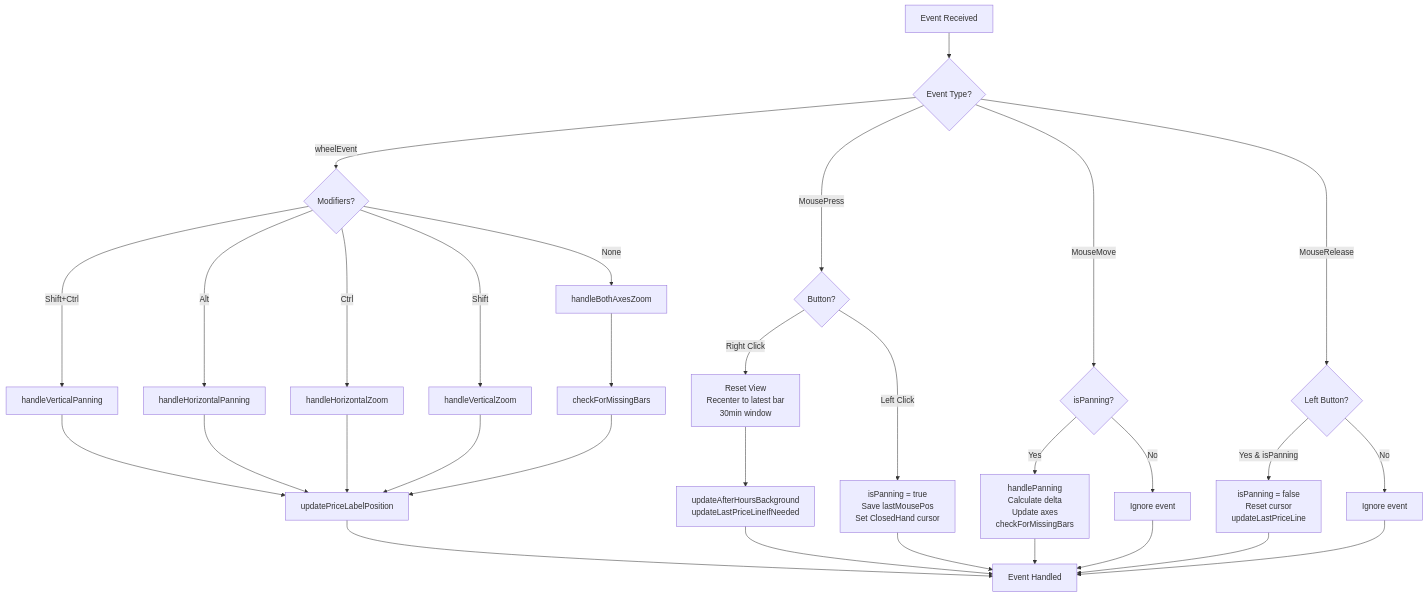
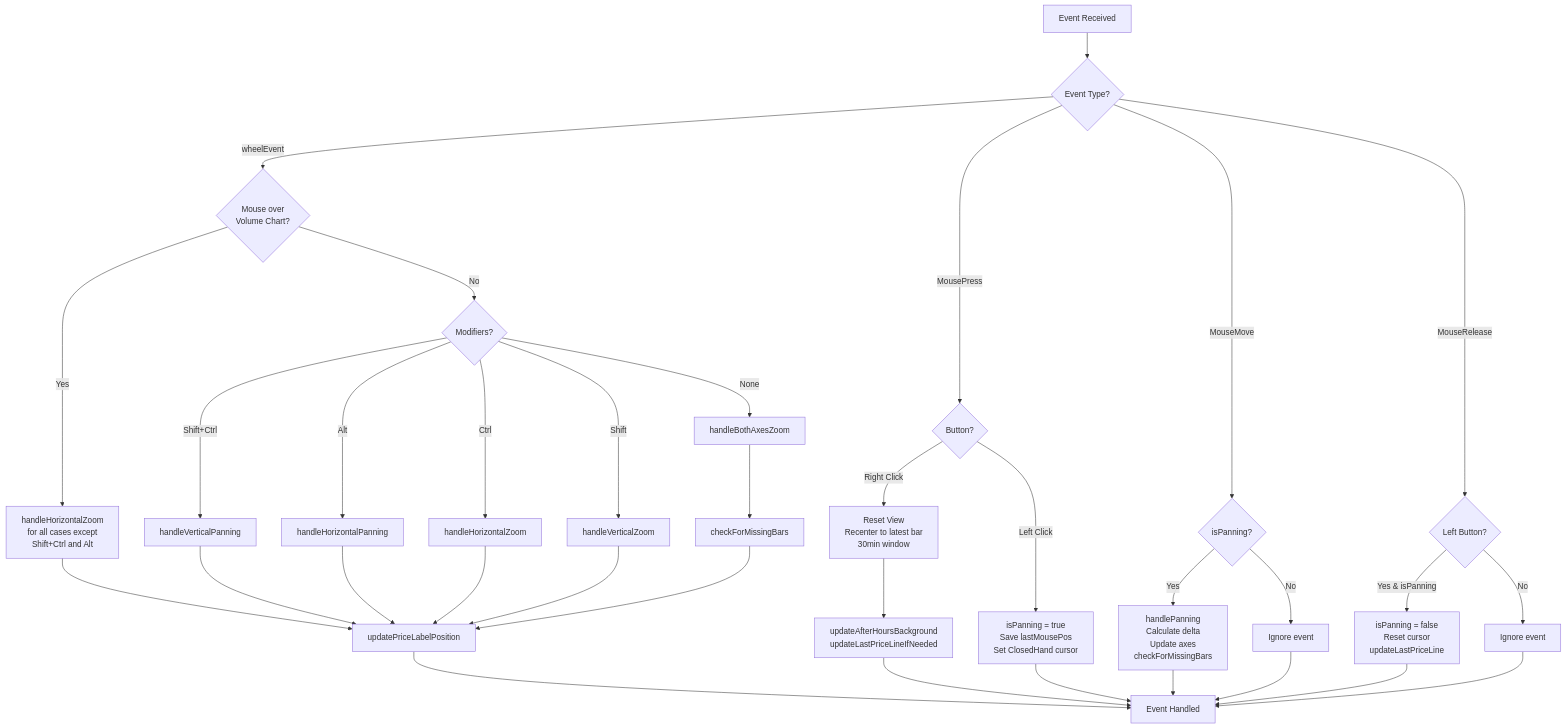
The sixth of 18 diagrams in Doc/StockPriceChart_Architecture.md (simonbeaudoin0935/OpenTraderPlatform), drawn with Mermaid before and after one commit. The commit also changed other lines of this file and 1 other file, not shown here.

Commit message:
Add documentation for volume chart zoom behavior

````diff
--- a/Doc/StockPriceChart_Architecture.md
+++ b/Doc/StockPriceChart_Architecture.md
@@ -499,39 +501,42 @@
 ```mermaid
 graph TD
     Start[Event Received] --> EventType{Event Type?}
     
-    EventType -->|wheelEvent| WheelMod{Modifiers?}
+    EventType -->|wheelEvent| CheckVolume{Mouse over<br/>Volume Chart?}
+    CheckVolume -->|Yes| VolumeZoom[handleHorizontalZoom<br/>for all cases except<br/>Shift+Ctrl and Alt]
+    CheckVolume -->|No| WheelMod{Modifiers?}
     EventType -->|MousePress| MouseBtn{Button?}
     EventType -->|MouseMove| IsPan{isPanning?}
     EventType -->|MouseRelease| RelBtn{Left Button?}
     
     WheelMod -->|Shift+Ctrl| VertPan[handleVerticalPanning]
     WheelMod -->|Alt| HorizPan[handleHorizontalPanning]
     WheelMod -->|Ctrl| HorizZoom[handleHorizontalZoom]
     WheelMod -->|Shift| VertZoom[handleVerticalZoom]
     WheelMod -->|None| BothZoom[handleBothAxesZoom]
     
     MouseBtn -->|Right Click| RightClick[Reset View<br/>Recenter to latest bar<br/>30min window]
     MouseBtn -->|Left Click| StartPan[isPanning = true<br/>Save lastMousePos<br/>Set ClosedHand cursor]
     
     IsPan -->|Yes| HandlePan[handlePanning<br/>Calculate delta<br/>Update axes<br/>checkForMissingBars]
     IsPan -->|No| Ignore1[Ignore event]
     
     RelBtn -->|Yes & isPanning| EndPan[isPanning = false<br/>Reset cursor<br/>updateLastPriceLine]
     RelBtn -->|No| Ignore2[Ignore event]
     
-    VertPan --> UpdateLabel1[updatePriceLabelPosition]
+    VolumeZoom --> UpdateLabel1[updatePriceLabelPosition]
+    VertPan --> UpdateLabel1
     HorizPan --> UpdateLabel1
     HorizZoom --> UpdateLabel1
     VertZoom --> UpdateLabel1
     BothZoom --> CheckMissing[checkForMissingBars]
     CheckMissing --> UpdateLabel1
     RightClick --> UpdateBG1[updateAfterHoursBackground<br/>updateLastPriceLineIfNeeded]
     StartPan --> End[Event Handled]
     HandlePan --> End
     EndPan --> End
     UpdateLabel1 --> End
     UpdateBG1 --> End
     Ignore1 --> End
     Ignore2 --> End
 ```
````
